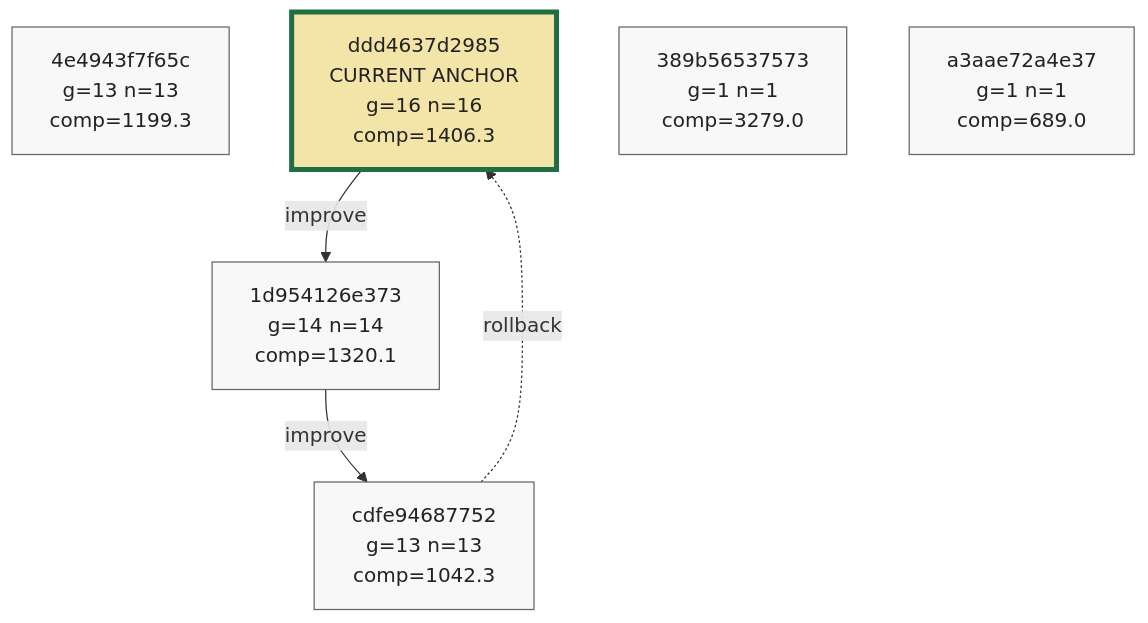
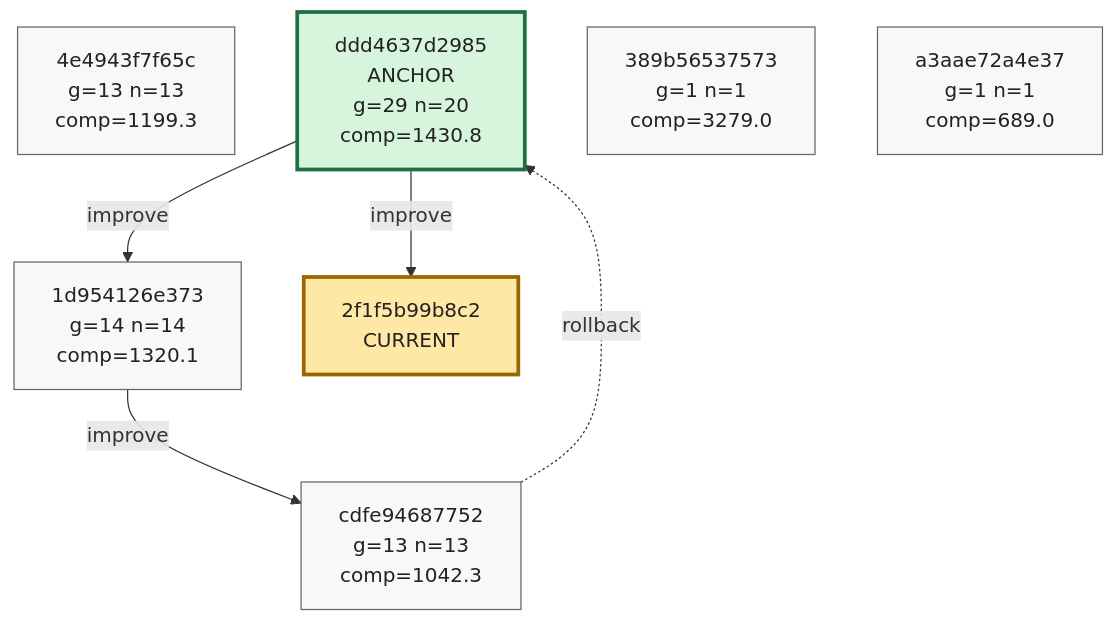
The ninth of 9 diagrams in phyrogenetic-tree.md (azumag/soviet_now), drawn with Mermaid before and after one commit. The commit also changed other lines of this file and 2 other files, not shown here.

Commit message:
eloop Improve after 12 games (scores: 4125 2487 488 3446 2250 1171 2118 991 1467 2250 1096 772)

````diff
--- a/phyrogenetic-tree.md
+++ b/phyrogenetic-tree.md
@@ -2235,25 +2233,28 @@
 ```mermaid
 flowchart TD
     h_4e4943f7f65c["4e4943f7f65c<br/>g=13 n=13<br/>comp=1199.3"]
-    h_ddd4637d2985["ddd4637d2985<br/>CURRENT ANCHOR<br/>g=16 n=16<br/>comp=1406.3"]
+    h_ddd4637d2985["ddd4637d2985<br/>ANCHOR<br/>g=29 n=20<br/>comp=1430.8"]
     h_1d954126e373["1d954126e373<br/>g=14 n=14<br/>comp=1320.1"]
     h_cdfe94687752["cdfe94687752<br/>g=13 n=13<br/>comp=1042.3"]
     h_389b56537573["389b56537573<br/>g=1 n=1<br/>comp=3279.0"]
     h_a3aae72a4e37["a3aae72a4e37<br/>g=1 n=1<br/>comp=689.0"]
+    h_2f1f5b99b8c2["2f1f5b99b8c2<br/>CURRENT"]
 
     h_ddd4637d2985 -->|improve| h_1d954126e373
     h_1d954126e373 -->|improve| h_cdfe94687752
     h_cdfe94687752 -. rollback .-> h_ddd4637d2985
+    h_ddd4637d2985 -->|improve| h_2f1f5b99b8c2
 
     classDef plain fill:#f8f8f8,stroke:#666,stroke-width:1px,color:#222;
     classDef current fill:#ffe8a3,stroke:#9a6700,stroke-width:3px,color:#222;
     classDef anchor fill:#d7f5dd,stroke:#1f6f43,stroke-width:3px,color:#222;
     classDef current_anchor fill:#f3e4a8,stroke:#1f6f43,stroke-width:4px,color:#222;
 
     class h_4e4943f7f65c plain;
-    class h_ddd4637d2985 current_anchor;
+    class h_ddd4637d2985 anchor;
     class h_1d954126e373 plain;
     class h_cdfe94687752 plain;
     class h_389b56537573 plain;
     class h_a3aae72a4e37 plain;
+    class h_2f1f5b99b8c2 current;
 ```
````
